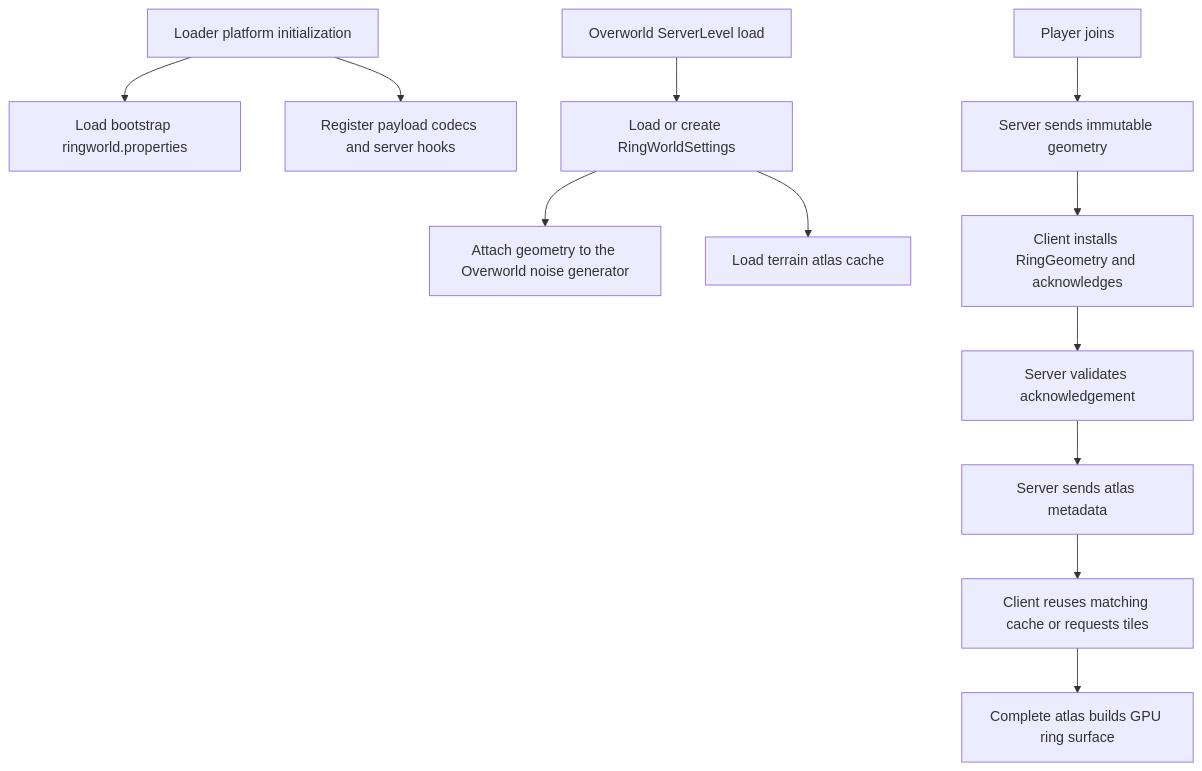
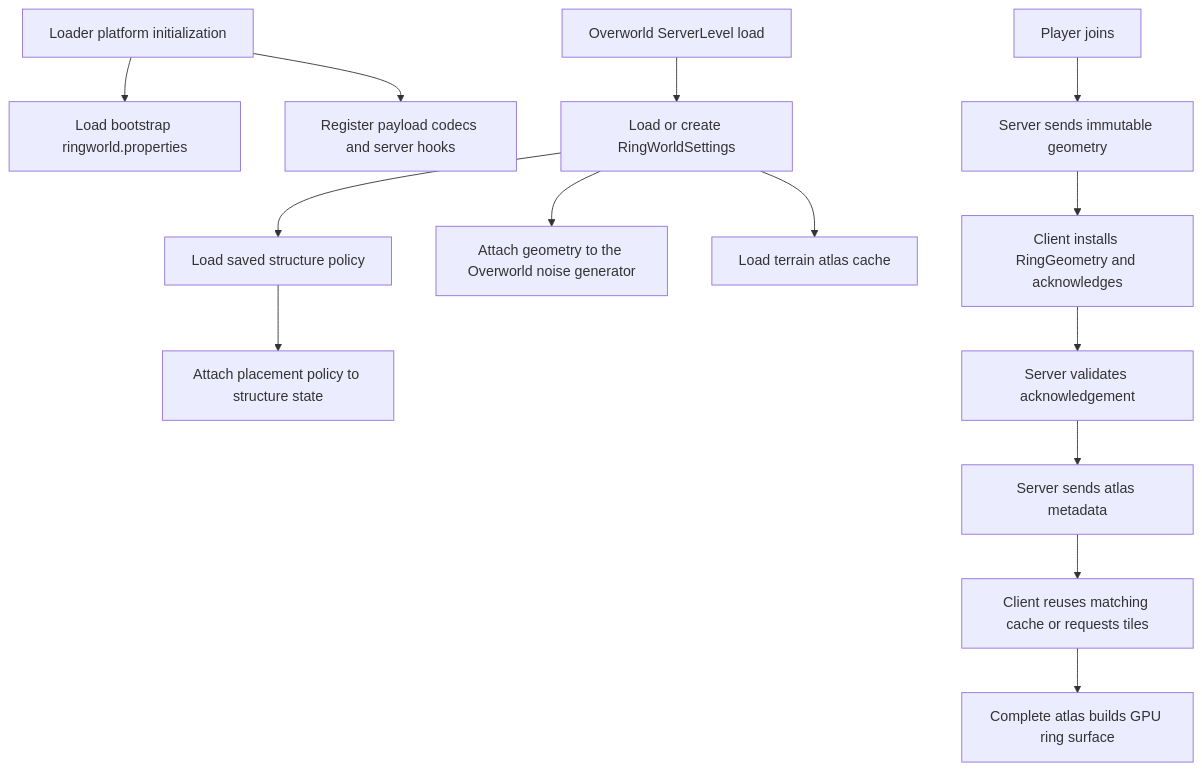
The first of 2 diagrams in docs/ARCHITECTURE.md (Delaser/RingWorld), drawn with Mermaid before and after one commit. The commit also changed other lines of this file and 21 other files, not shown here.

````diff
--- a/docs/ARCHITECTURE.md
+++ b/docs/ARCHITECTURE.md
@@ -134,14 +134,16 @@
 ```mermaid
 flowchart TD
     A["Loader platform initialization"] --> B["Load bootstrap ringworld.properties"]
     A --> C["Register payload codecs and server hooks"]
     D["Overworld ServerLevel load"] --> E["Load or create RingWorldSettings"]
+    E --> P["Load saved structure policy"]
     E --> F["Attach geometry to the Overworld noise generator"]
+    P --> Q["Attach placement policy to structure state"]
     E --> G["Load terrain atlas cache"]
     H["Player joins"] --> I["Server sends immutable geometry"]
     I --> J["Client installs RingGeometry and acknowledges"]
     J --> K["Server validates acknowledgement"]
     K --> L["Server sends atlas metadata"]
     L --> M["Client reuses matching cache or requests tiles"]
     M --> N["Complete atlas builds GPU ring surface"]
 ```
````
